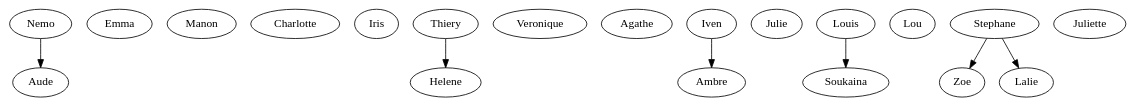
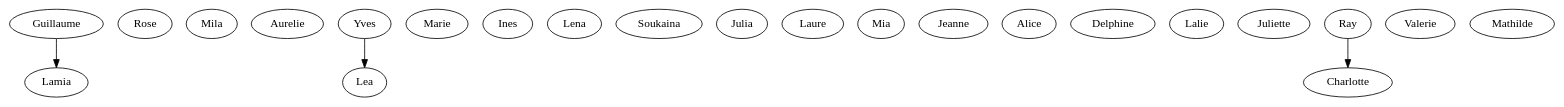
One commit to Slash-stack/Aquarium changed the diagram in output/dotFiles/round7.dot. Above: the diagram before and after it, drawn with Graphviz. The commit also changed 38 other files, not shown here.

```diff
--- a/output/dotFiles/round7.dot
+++ b/output/dotFiles/round7.dot
@@ -1,35 +1,33 @@
 strict digraph G {
-  Nemo;
-  Aude;
-  Emma;
-  Manon;
-  Charlotte;
-  Charlotte;
-  Iris;
-  Helene;
-  Thiery;
-  Veronique;
-  Agathe;
-  Ambre;
-  Iven;
-  Julie;
+  Lamia;
+  Rose;
+  Lamia;
+  Guillaume;
+  Mila;
+  Aurelie;
+  Yves;
+  Aurelie;
+  Marie;
+  Ines;
+  Lea;
+  Lena;
   Soukaina;
-  Louis;
-  Lou;
-  Stephane;
-  Emma;
-  Zoe;
-  Aude;
-  Lalie;
+  Julia;
+  Lamia;
+  Laure;
+  Mia;
+  Aurelie;
+  Jeanne;
+  Alice;
+  Delphine;
   Lalie;
   Juliette;
-  Stephane;
-  Zoe;
-  Aude;
-  Nemo -> Aude;
-  Thiery -> Helene;
-  Iven -> Ambre;
-  Louis -> Soukaina;
-  Stephane -> Zoe;
-  Stephane -> Lalie;
+  Charlotte;
+  Valerie;
+  Marie;
+  Ray;
+  Mathilde;
+  Guillaume -> Lamia;
+  Yves -> Lea;
+  Ray -> Charlotte;
 }
```
